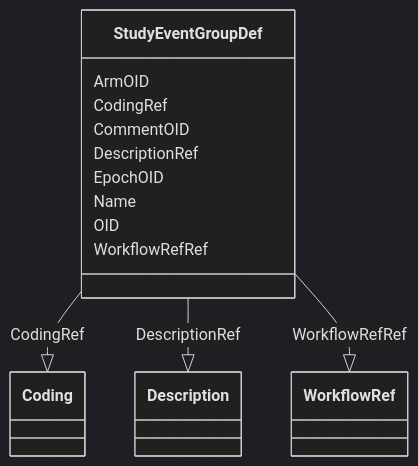
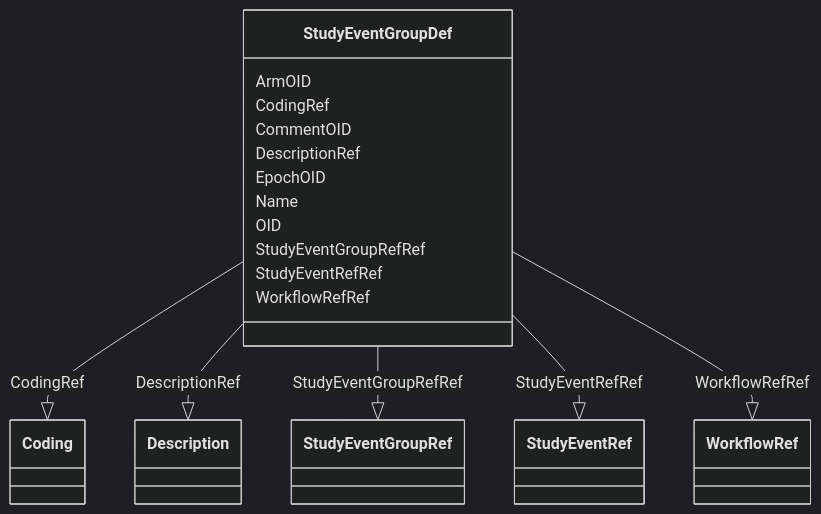
Before and after one commit to cdisc-org/DataExchange-ODM-LinkML: the diagram in docs/StudyEventGroupDef.md, drawn with Mermaid (dark theme). The commit also changed other lines of this file and 398 other files, not shown here.

Commit message:
refreshing for latest updates to schema

````diff
--- a/docs/StudyEventGroupDef.md
+++ b/docs/StudyEventGroupDef.md
@@ -9,27 +9,35 @@
 ```mermaid
  classDiagram
     class StudyEventGroupDef
       StudyEventGroupDef : ArmOID
         
       StudyEventGroupDef : CodingRef
         
           StudyEventGroupDef --|> Coding : CodingRef
         
       StudyEventGroupDef : CommentOID
         
       StudyEventGroupDef : DescriptionRef
         
           StudyEventGroupDef --|> Description : DescriptionRef
         
       StudyEventGroupDef : EpochOID
         
       StudyEventGroupDef : Name
         
       StudyEventGroupDef : OID
         
+      StudyEventGroupDef : StudyEventGroupRefRef
+        
+          StudyEventGroupDef --|> StudyEventGroupRef : StudyEventGroupRefRef
+        
+      StudyEventGroupDef : StudyEventRefRef
+        
+          StudyEventGroupDef --|> StudyEventRef : StudyEventRefRef
+        
       StudyEventGroupDef : WorkflowRefRef
         
           StudyEventGroupDef --|> WorkflowRef : WorkflowRefRef
         
       
 ```
````
